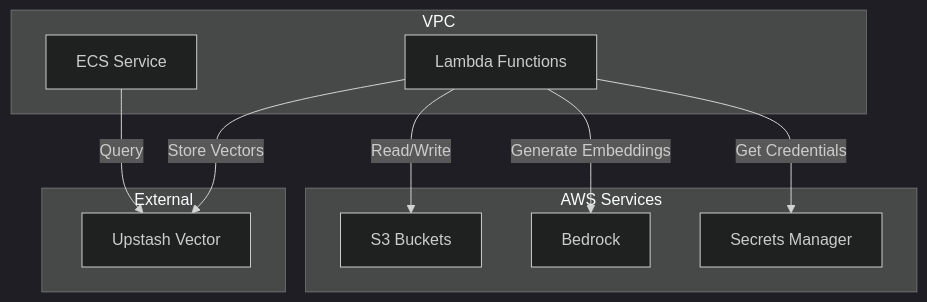
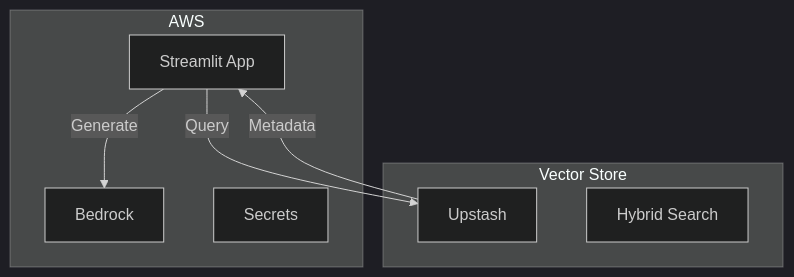
The third of 3 diagrams in memory-bank/systemPatterns.md (laialex501/lorechat-container), drawn with Mermaid (dark theme) before and after one commit. The commit also changed other lines of this file and 30 other files, not shown here.

````diff
--- a/memory-bank/systemPatterns.md
+++ b/memory-bank/systemPatterns.md
@@ -114,23 +76,17 @@
 ```mermaid
 graph TD
-    subgraph VPC
-        A[ECS Service]
-        B[Lambda Functions]
+    subgraph "AWS"
+        A[Streamlit App]
+        B[Bedrock]
+        C[Secrets]
     end
     
-    subgraph AWS Services
-        C[S3 Buckets]
-        D[Bedrock]
-        E[Secrets Manager]
+    subgraph "Vector Store"
+        D[Upstash]
+        E[Hybrid Search]
     end
     
-    subgraph External
-        F[Upstash Vector]
-    end
-    
-    A -->|Query| F
-    B -->|Read/Write| C
-    B -->|Generate Embeddings| D
-    B -->|Get Credentials| E
-    B -->|Store Vectors| F
+    A -->|Query| D
+    A -->|Generate| B
+    D -->|Metadata| A
 ```
````
